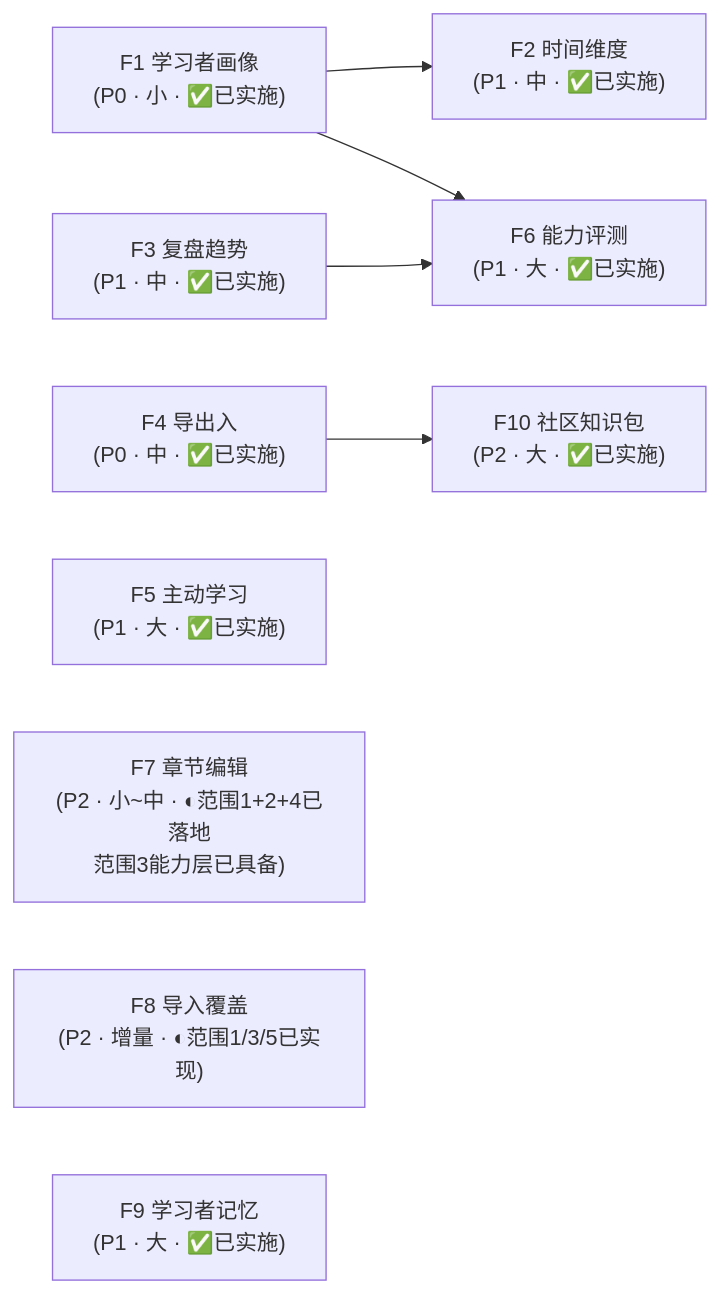
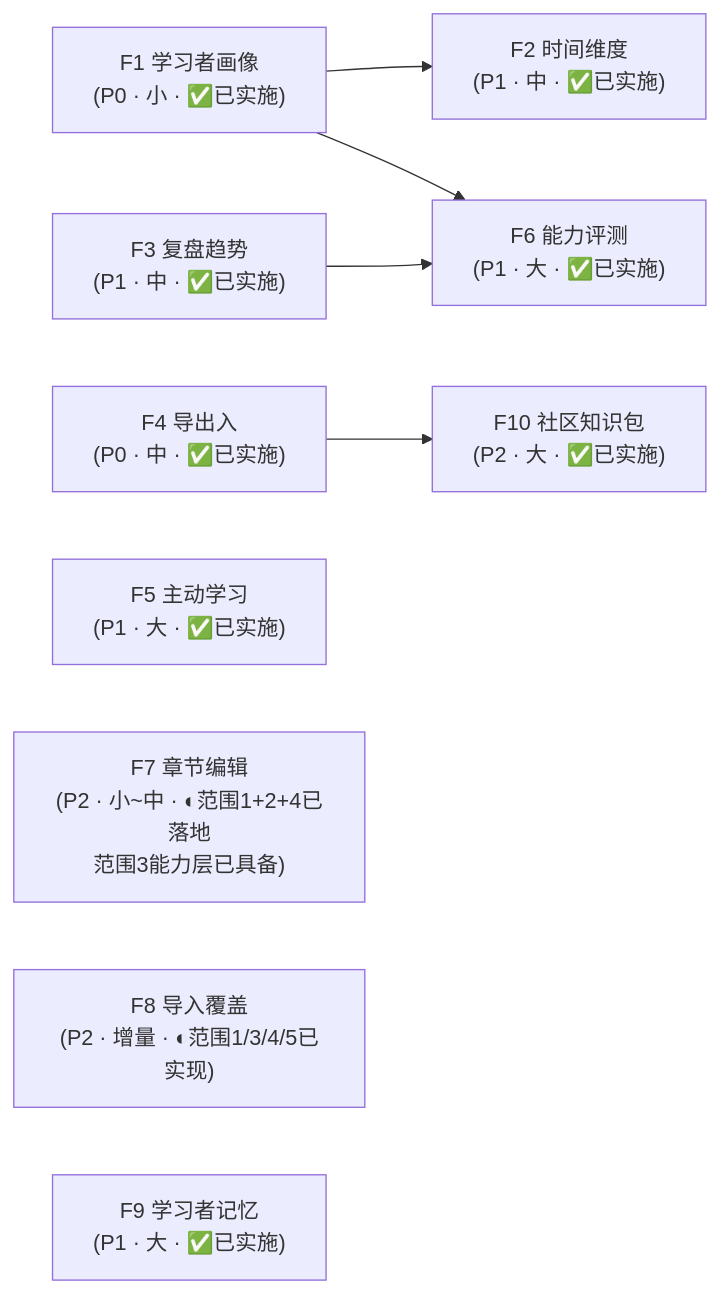
The diagram in docs/roadmap-next-features-plan-2026-09.md (JackXuyi/Personal-Learning-OS), drawn with Mermaid before and after one commit. The commit also changed other lines of this file and 9 other files, not shown here.

````diff
--- a/docs/roadmap-next-features-plan-2026-09.md
+++ b/docs/roadmap-next-features-plan-2026-09.md
@@ -525,24 +535,24 @@
 ```mermaid
 flowchart LR
     F1["F1 学习者画像<br/>(P0 · 小 · ✅已实施)"]
     F4["F4 导出入<br/>(P0 · 中 · ✅已实施)"]
     F3["F3 复盘趋势<br/>(P1 · 中 · ✅已实施)"]
     F2["F2 时间维度<br/>(P1 · 中 · ✅已实施)"]
     F5["F5 主动学习<br/>(P1 · 大 · ✅已实施)"]
     F6["F6 能力评测<br/>(P1 · 大 · ✅已实施)"]
     F7["F7 章节编辑<br/>(P2 · 小~中 · ◐范围1+2+4已落地<br/>范围3能力层已具备)"]
-    F8["F8 导入覆盖<br/>(P2 · 增量 · ◐范围1/3/5已实现)"]
+    F8["F8 导入覆盖<br/>(P2 · 增量 · ◐范围1/3/4/5已实现)"]
     F9["F9 学习者记忆<br/>(P1 · 大 · ✅已实施)"]
     F10["F10 社区知识包<br/>(P2 · 大 · ✅已实施)"]
 
     F1 --> F2
     F1 --> F6
     F3 --> F6
     F4 --> F10
     F4
     F5
     F7
     F8
     F9
     F10
 ```
````
